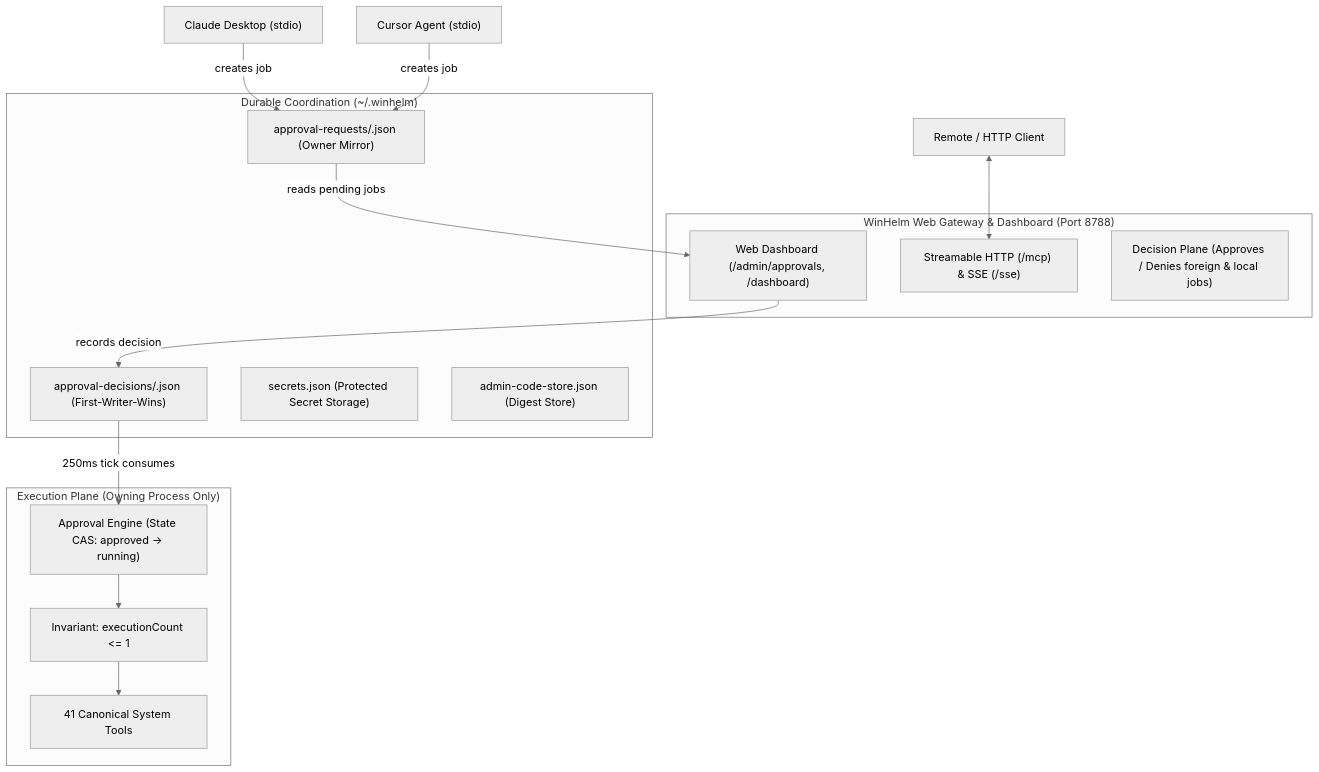
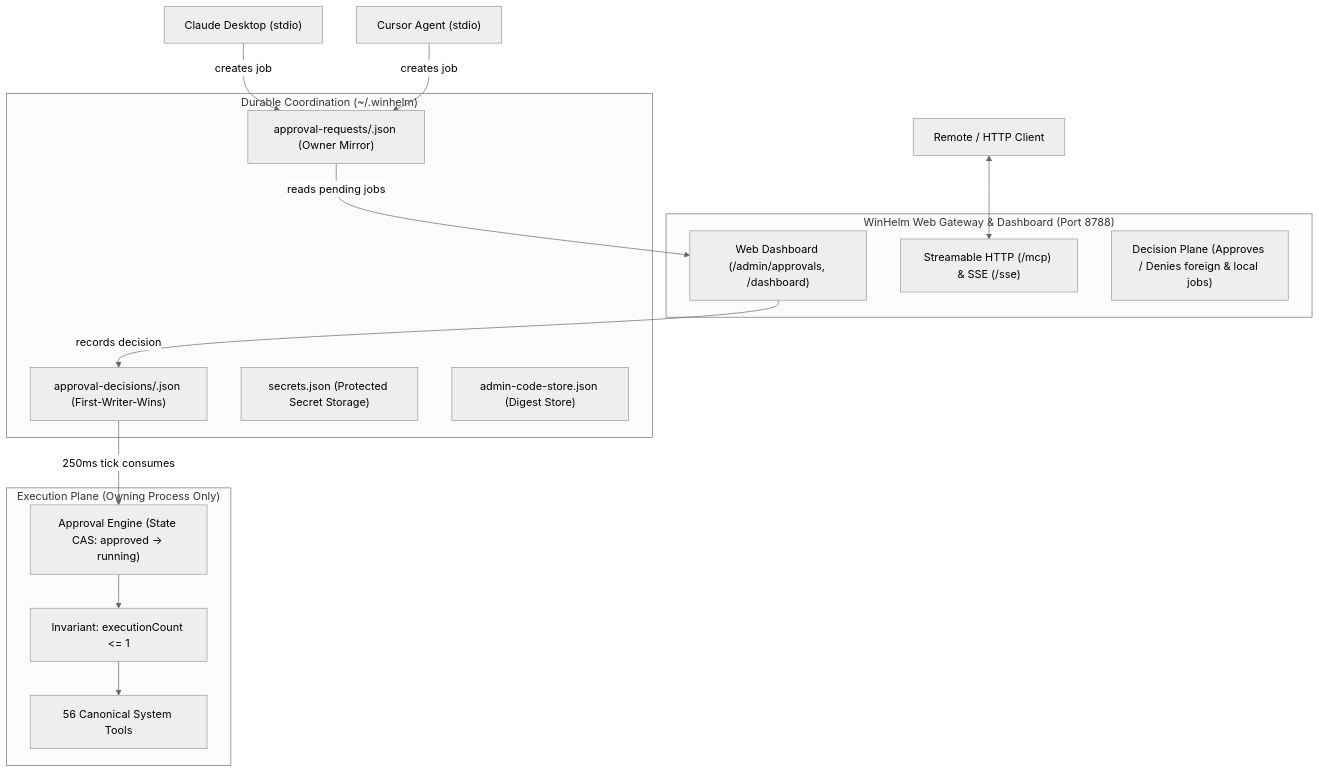
The diagram in README.md (dhammawatthumpra-coder/winhelm-mcp), drawn with Mermaid (neutral theme) before and after one commit. The commit also changed other lines of this file and 17 other files, not shown here.

````diff
--- a/README.md
+++ b/README.md
@@ -108,34 +108,34 @@
 ```mermaid
 flowchart TD
     Claude["Claude Desktop (stdio)"]
     Cursor["Cursor Agent (stdio)"]
     Remote["Remote / HTTP Client"]
 
     subgraph Coordination["Durable Coordination (~/.winhelm)"]
         ReqMirror["approval-requests/<jobId>.json (Owner Mirror)"]
         DecMirror["approval-decisions/<jobId>.json (First-Writer-Wins)"]
         SecStore["secrets.json (Protected Secret Storage)"]
         AdminCode["admin-code-store.json (Digest Store)"]
     end
 
     subgraph Gateway["WinHelm Web Gateway & Dashboard (Port 8788)"]
         Dashboard["Web Dashboard (/admin/approvals, /dashboard)"]
         HTTPGateway["Streamable HTTP (/mcp) & SSE (/sse)"]
         DecisionPlane["Decision Plane (Approves / Denies foreign & local jobs)"]
     end
 
     subgraph Execution["Execution Plane (Owning Process Only)"]
         Engine["Approval Engine (State CAS: approved -> running)"]
         ExecGuard["Invariant: executionCount <= 1"]
-        Tools["41 Canonical System Tools"]
+        Tools["56 Canonical System Tools"]
     end
 
     Claude -->|creates job| ReqMirror
     Cursor -->|creates job| ReqMirror
     Remote <--> HTTPGateway
 
     ReqMirror -->|reads pending jobs| Dashboard
     Dashboard -->|records decision| DecMirror
     DecMirror -->|250ms tick consumes| Engine
     Engine --> ExecGuard --> Tools
 ```
````
